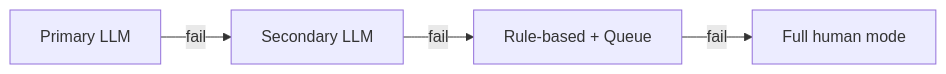
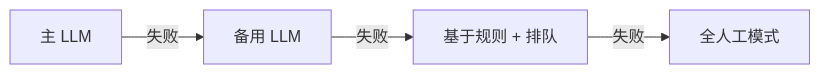
The diagram in i18n/zh/docusaurus-plugin-content-docs/current/14-faq.md (stars-labs/ai-driven-customer-service), drawn with Mermaid before and after one commit. The commit also changed other lines of this file and 15 other files, not shown here.

````diff
--- a/i18n/zh/docusaurus-plugin-content-docs/current/14-faq.md
+++ b/i18n/zh/docusaurus-plugin-content-docs/current/14-faq.md
@@ -77,6 +77,6 @@
 ```mermaid
 flowchart LR
-    Primary[Primary LLM] -->|fail| Secondary[Secondary LLM]
-    Secondary -->|fail| Fallback[Rule-based + Queue]
-    Fallback -->|fail| Human[Full human mode]
+    Primary[主 LLM] -->|失败| Secondary[备用 LLM]
+    Secondary -->|失败| Fallback[基于规则 + 排队]
+    Fallback -->|失败| Human[全人工模式]
 ```
````
